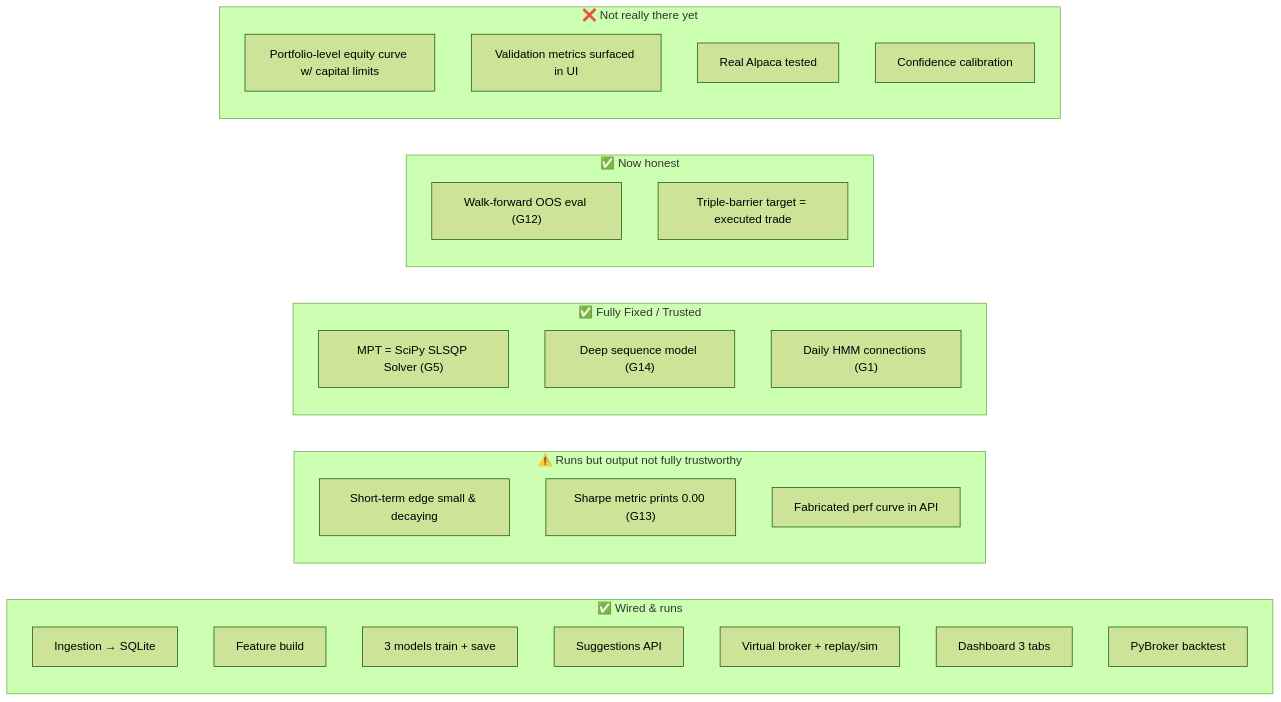
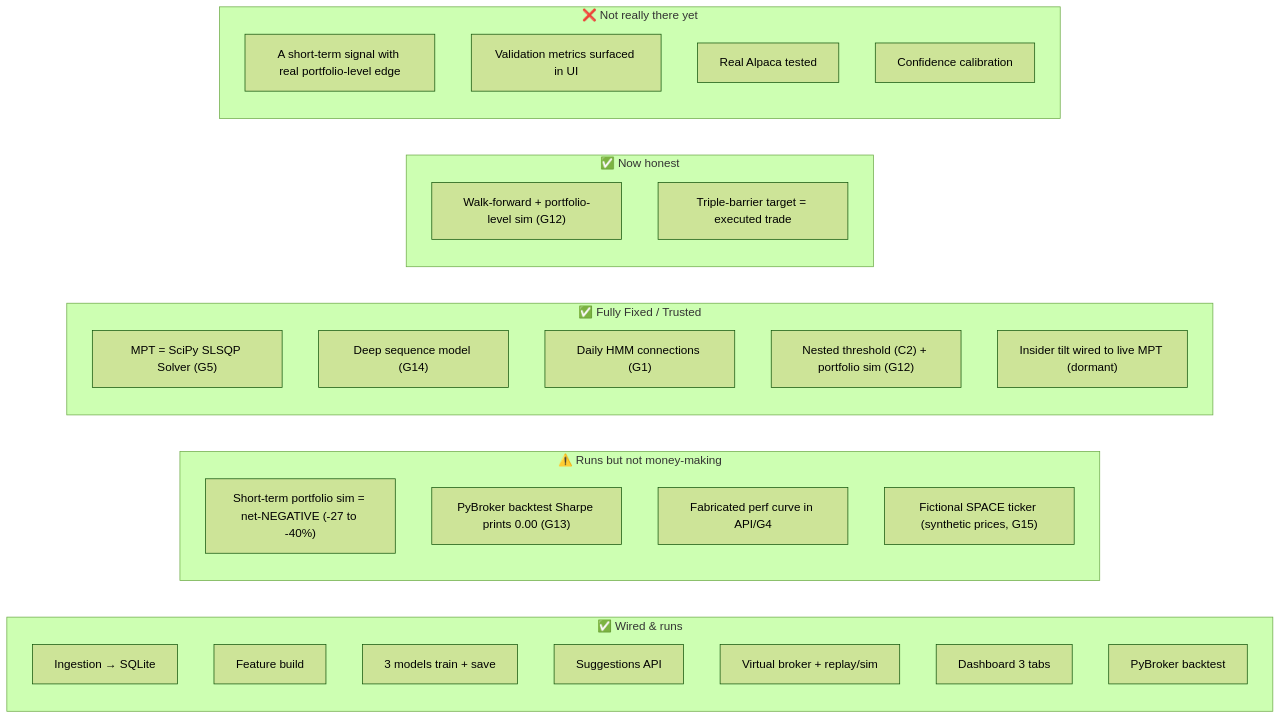
The first of 2 diagrams in docs/current-state-and-gaps.md (arvindpereira/ampytech-trader), drawn with Mermaid (forest theme) before and after one commit. The commit also changed other lines of this file and 4 other files, not shown here.

First line of the commit message:
Docs: sync to latest branch state (portfolio sim = net-negative, C2 + tilt-to-API done, 36-ticker universe)

````diff
--- a/docs/current-state-and-gaps.md
+++ b/docs/current-state-and-gaps.md
@@ -10,32 +10,35 @@
 ```mermaid
 flowchart LR
     subgraph Works["✅ Wired & runs"]
         W1[Ingestion → SQLite]
         W2[Feature build]
         W3[3 models train + save]
         W4[Suggestions API]
         W5[Virtual broker + replay/sim]
         W6[Dashboard 3 tabs]
         W7[PyBroker backtest]
     end
-    subgraph Suspect["⚠️ Runs but output not fully trustworthy"]
-        S1["Short-term edge small & decaying"]
-        S2["Sharpe metric prints 0.00 (G13)"]
-        S6[Fabricated perf curve in API]
+    subgraph Suspect["⚠️ Runs but not money-making"]
+        S1["Short-term portfolio sim = net-NEGATIVE (-27 to -40%)"]
+        S2["PyBroker backtest Sharpe prints 0.00 (G13)"]
+        S6[Fabricated perf curve in API/G4]
+        S7["Fictional SPACE ticker (synthetic prices, G15)"]
     end
     subgraph Fixed["✅ Fully Fixed / Trusted"]
         F1["MPT = SciPy SLSQP Solver (G5)"]
         F2["Deep sequence model (G14)"]
         F3["Daily HMM connections (G1)"]
+        F4["Nested threshold (C2) + portfolio sim (G12)"]
+        F5["Insider tilt wired to live MPT (dormant)"]
     end
     subgraph Works2["✅ Now honest"]
-        H1["Walk-forward OOS eval (G12)"]
+        H1["Walk-forward + portfolio-level sim (G12)"]
         H2["Triple-barrier target = executed trade"]
     end
     subgraph Missing["❌ Not really there yet"]
-        M1[Portfolio-level equity curve w/ capital limits]
+        M1[A short-term signal with real portfolio-level edge]
         M2[Validation metrics surfaced in UI]
         M3[Real Alpaca tested]
         M4[Confidence calibration]
     end
 ```
````
